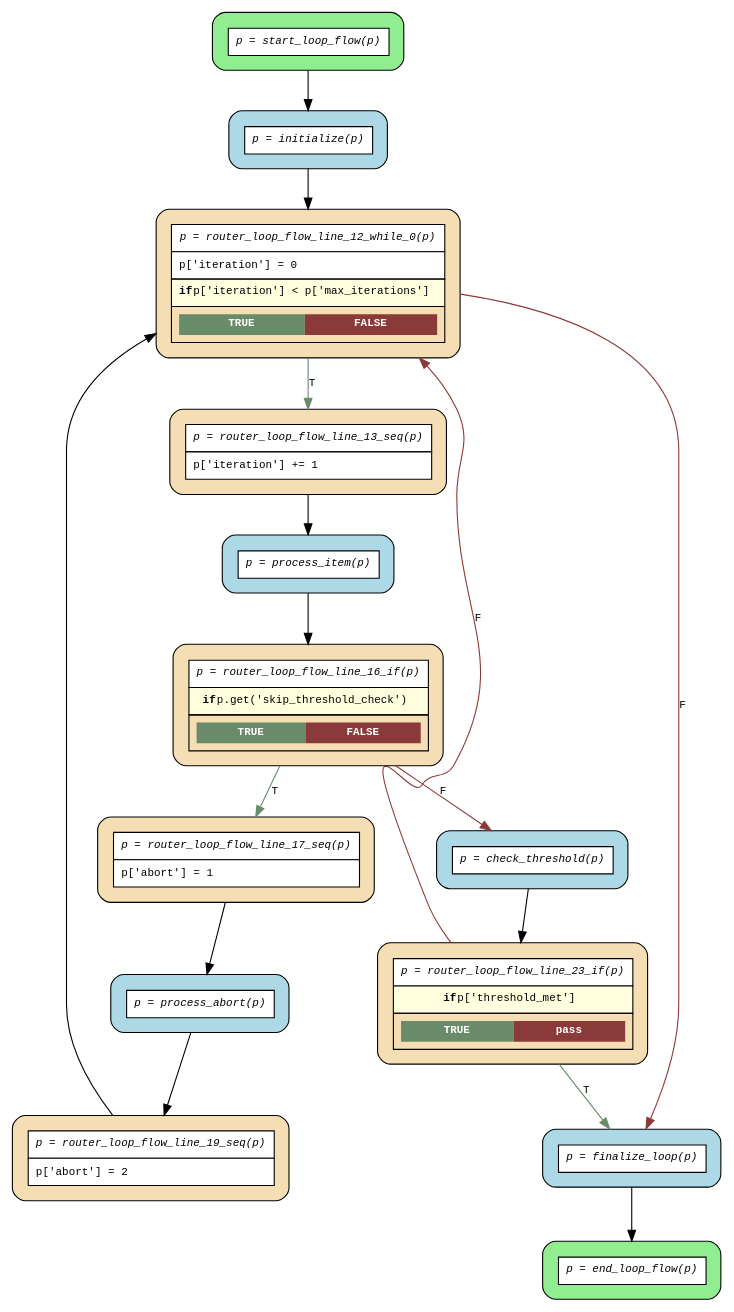
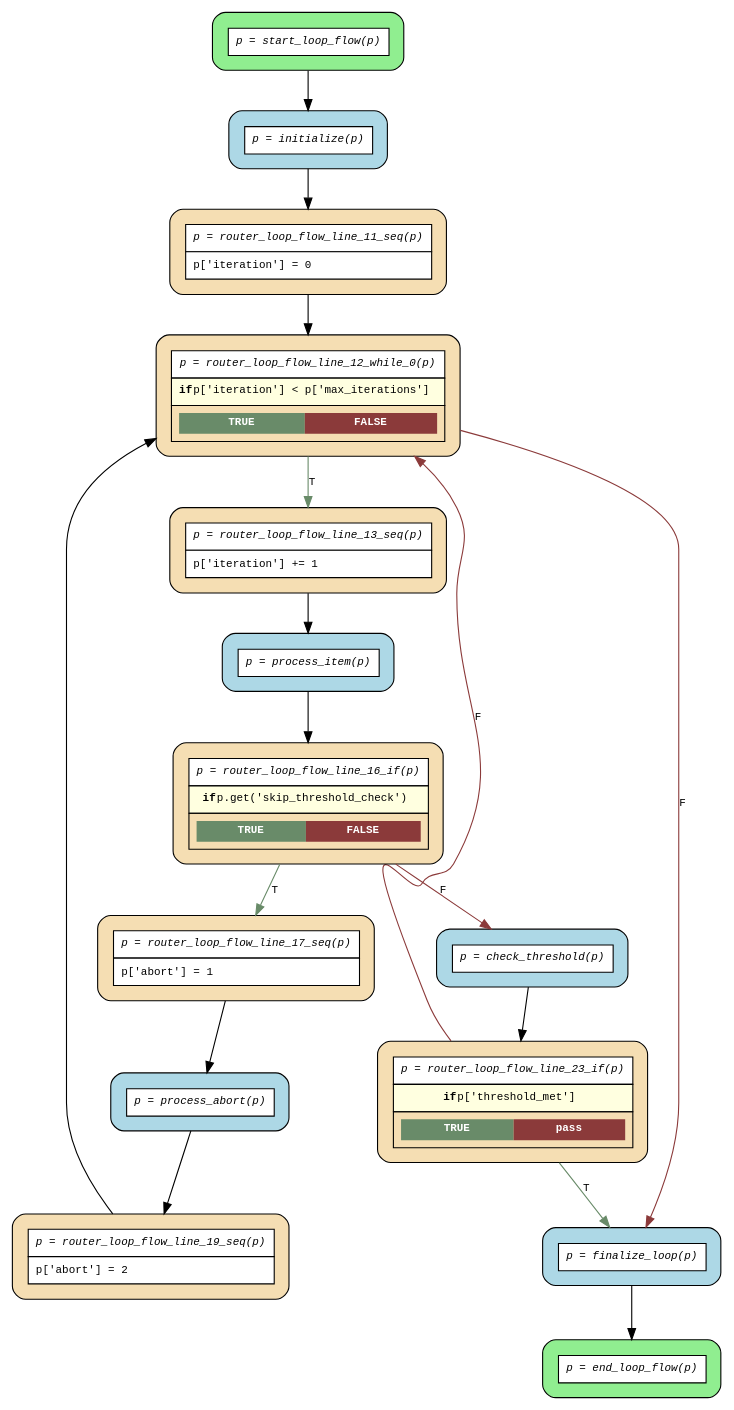
One commit to deliveryhero/asya changed the diagram in examples/flows/compiled/while_loop_processing/flow.dot. Above: the diagram before and after it, drawn with Graphviz. The commit also changed 31 other files, not shown here.

```diff
--- a/examples/flows/compiled/while_loop_processing/flow.dot
+++ b/examples/flows/compiled/while_loop_processing/flow.dot
@@ -1,36 +1,38 @@
 digraph flow {
   rankdir=TB;
   graph [fontname="Courier", fontsize=10];
   node [fontname="Courier", fontsize=10, shape=box, style="filled,rounded", margin="0.2"];
   edge [fontname="Courier", fontsize=10];
 
   start_loop_flow [fillcolor="lightgreen", label=<<table border="0" cellspacing="0" cellpadding="6" cellborder="1"><tr><td bgcolor="white" align="center"><i>p = start_loop_flow(p)</i></td></tr></table>>];
   router_loop_flow_line_19_seq [fillcolor="wheat", label=<<table border="0" cellspacing="0" cellpadding="6" cellborder="1"><tr><td bgcolor="white" align="center"><i>p = router_loop_flow_line_19_seq(p)</i></td></tr><tr><td bgcolor="white" align="left">p['abort'] = 2</td></tr></table>>];
   router_loop_flow_line_17_seq [fillcolor="wheat", label=<<table border="0" cellspacing="0" cellpadding="6" cellborder="1"><tr><td bgcolor="white" align="center"><i>p = router_loop_flow_line_17_seq(p)</i></td></tr><tr><td bgcolor="white" align="left">p['abort'] = 1</td></tr></table>>];
   router_loop_flow_line_23_if [fillcolor="wheat", label=<<table border="0" cellspacing="0" cellpadding="6" cellborder="1"><tr><td bgcolor="white" align="center"><i>p = router_loop_flow_line_23_if(p)</i></td></tr><tr><td bgcolor="lightyellow"><b>if</b> p['threshold_met']</td></tr><tr><td><table border="0" cellspacing="0" cellpadding="4"><tr><td bgcolor="darkseagreen4"><font color="white"><b>TRUE</b></font></td><td bgcolor="indianred4"><font color="white"><b>pass</b></font></td></tr></table></td></tr></table>>];
   router_loop_flow_line_16_if [fillcolor="wheat", label=<<table border="0" cellspacing="0" cellpadding="6" cellborder="1"><tr><td bgcolor="white" align="center"><i>p = router_loop_flow_line_16_if(p)</i></td></tr><tr><td bgcolor="lightyellow"><b>if</b> p.get('skip_threshold_check')</td></tr><tr><td><table border="0" cellspacing="0" cellpadding="4"><tr><td bgcolor="darkseagreen4"><font color="white"><b>TRUE</b></font></td><td bgcolor="indianred4"><font color="white"><b>FALSE</b></font></td></tr></table></td></tr></table>>];
   router_loop_flow_line_13_seq [fillcolor="wheat", label=<<table border="0" cellspacing="0" cellpadding="6" cellborder="1"><tr><td bgcolor="white" align="center"><i>p = router_loop_flow_line_13_seq(p)</i></td></tr><tr><td bgcolor="white" align="left">p['iteration'] += 1</td></tr></table>>];
-  router_loop_flow_line_12_while_0 [fillcolor="wheat", label=<<table border="0" cellspacing="0" cellpadding="6" cellborder="1"><tr><td bgcolor="white" align="center"><i>p = router_loop_flow_line_12_while_0(p)</i></td></tr><tr><td bgcolor="white" align="left">p['iteration'] = 0</td></tr><tr><td bgcolor="lightyellow"><b>if</b> p['iteration'] &lt; p['max_iterations']</td></tr><tr><td><table border="0" cellspacing="0" cellpadding="4"><tr><td bgcolor="darkseagreen4"><font color="white"><b>TRUE</b></font></td><td bgcolor="indianred4"><font color="white"><b>FALSE</b></font></td></tr></table></td></tr></table>>];
+  router_loop_flow_line_12_while_0 [fillcolor="wheat", label=<<table border="0" cellspacing="0" cellpadding="6" cellborder="1"><tr><td bgcolor="white" align="center"><i>p = router_loop_flow_line_12_while_0(p)</i></td></tr><tr><td bgcolor="lightyellow"><b>if</b> p['iteration'] &lt; p['max_iterations']</td></tr><tr><td><table border="0" cellspacing="0" cellpadding="4"><tr><td bgcolor="darkseagreen4"><font color="white"><b>TRUE</b></font></td><td bgcolor="indianred4"><font color="white"><b>FALSE</b></font></td></tr></table></td></tr></table>>];
+  router_loop_flow_line_11_seq [fillcolor="wheat", label=<<table border="0" cellspacing="0" cellpadding="6" cellborder="1"><tr><td bgcolor="white" align="center"><i>p = router_loop_flow_line_11_seq(p)</i></td></tr><tr><td bgcolor="white" align="left">p['iteration'] = 0</td></tr></table>>];
   end_loop_flow [fillcolor="lightgreen", label=<<table border="0" cellspacing="0" cellpadding="6" cellborder="1"><tr><td bgcolor="white" align="center"><i>p = end_loop_flow(p)</i></td></tr></table>>];
   check_threshold [fillcolor="lightblue", label=<<table border="0" cellspacing="0" cellpadding="6" cellborder="1"><tr><td bgcolor="white" align="center"><i>p = check_threshold(p)</i></td></tr></table>>];
   finalize_loop [fillcolor="lightblue", label=<<table border="0" cellspacing="0" cellpadding="6" cellborder="1"><tr><td bgcolor="white" align="center"><i>p = finalize_loop(p)</i></td></tr></table>>];
   initialize [fillcolor="lightblue", label=<<table border="0" cellspacing="0" cellpadding="6" cellborder="1"><tr><td bgcolor="white" align="center"><i>p = initialize(p)</i></td></tr></table>>];
   process_abort [fillcolor="lightblue", label=<<table border="0" cellspacing="0" cellpadding="6" cellborder="1"><tr><td bgcolor="white" align="center"><i>p = process_abort(p)</i></td></tr></table>>];
   process_item [fillcolor="lightblue", label=<<table border="0" cellspacing="0" cellpadding="6" cellborder="1"><tr><td bgcolor="white" align="center"><i>p = process_item(p)</i></td></tr></table>>];
 
   check_threshold -> router_loop_flow_line_23_if;
   finalize_loop -> end_loop_flow;
-  initialize -> router_loop_flow_line_12_while_0;
+  initialize -> router_loop_flow_line_11_seq;
   process_abort -> router_loop_flow_line_19_seq;
   process_item -> router_loop_flow_line_16_if;
+  router_loop_flow_line_11_seq -> router_loop_flow_line_12_while_0;
   router_loop_flow_line_12_while_0 -> finalize_loop [label="F", color=indianred4];
   router_loop_flow_line_12_while_0 -> router_loop_flow_line_13_seq [label="T", color=darkseagreen4];
   router_loop_flow_line_13_seq -> process_item;
   router_loop_flow_line_16_if -> check_threshold [label="F", color=indianred4];
   router_loop_flow_line_16_if -> router_loop_flow_line_17_seq [label="T", color=darkseagreen4];
   router_loop_flow_line_17_seq -> process_abort;
   router_loop_flow_line_19_seq -> router_loop_flow_line_12_while_0;
   router_loop_flow_line_23_if -> finalize_loop [label="T", color=darkseagreen4];
   router_loop_flow_line_23_if -> router_loop_flow_line_12_while_0 [label="F", color=indianred4, constraint=false];
   start_loop_flow -> initialize;
 }
```
